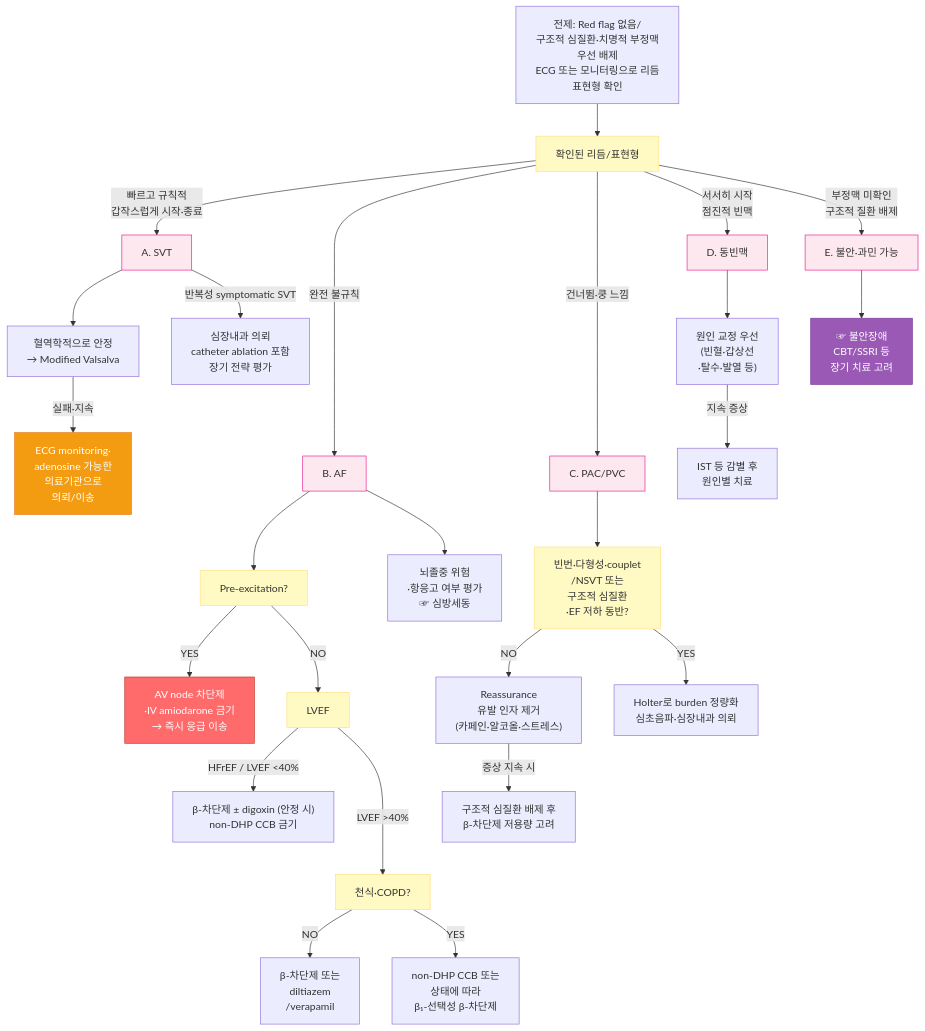
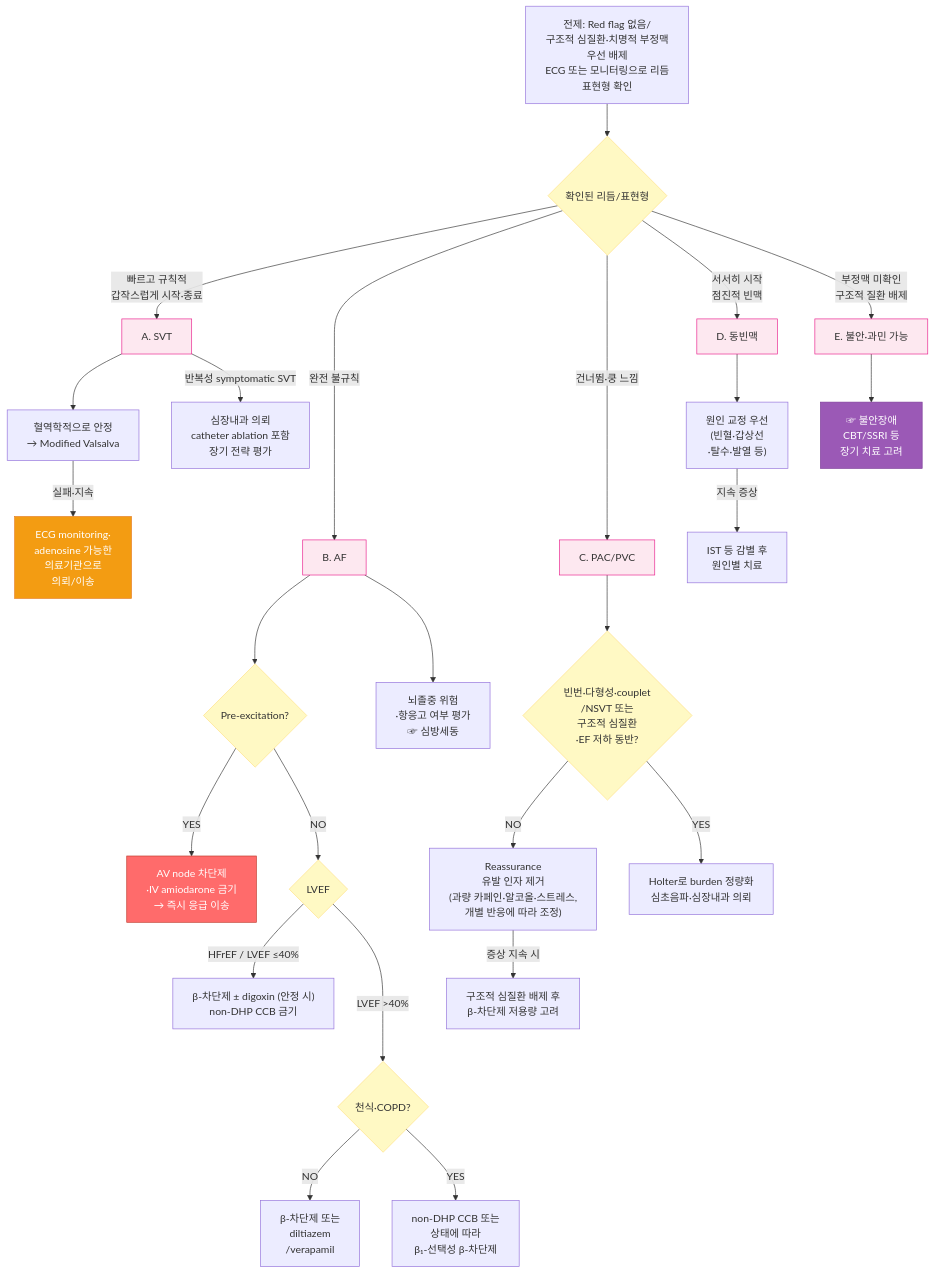
One commit to familyoh77/familyoh77 changed the diagram in 220_/009_-palpitation.md. Above: the diagram before and after it, drawn with Mermaid. The commit also changed other lines of this file, not shown here.

````diff
--- a/220_/009_-palpitation.md
+++ b/220_/009_-palpitation.md
@@ -194,34 +194,34 @@
 ```mermaid
 graph TD
-    Start["전제: Red flag 없음/<br/>구조적 심질환·치명적 부정맥 <br/>우선 배제<br/>ECG 또는 모니터링으로 리듬 <br/>표현형 확인"] --> Rhythm[확인된 리듬/표현형]
+    Start["전제: Red flag 없음/<br/>구조적 심질환·치명적 부정맥 <br/>우선 배제<br/>ECG 또는 모니터링으로 리듬 <br/>표현형 확인"] --> Rhythm{확인된 리듬/표현형}
     Rhythm -->|"빠르고 규칙적<br/>갑작스럽게 시작·종료"| SVT["A. SVT"]
     Rhythm ---->|"완전 불규칙"| AF["B. AF"]
     Rhythm ---->|"건너뜀·쿵 느낌"| PVC["C. PAC/PVC"]
     Rhythm -->|"서서히 시작<br/>점진적 빈맥"| Sinus["D. 동빈맥"]
     Rhythm -->|"부정맥 미확인<br/>구조적 질환 배제"| Anxiety["E. 불안·과민 가능"]
     SVT --> Vagal["혈역학적으로 안정<br/>→ Modified Valsalva"]
     Vagal -->|"실패·지속"| ER1["ECG monitoring·<br/>adenosine 가능한<br/>의료기관으로 <br/>의뢰/이송"]
     SVT -->|"반복성 symptomatic SVT"| SVTref["심장내과 의뢰<br/>catheter ablation 포함 <br/>장기 전략 평가"]
-    AF --> PreEx["Pre-excitation?"]
+    AF --> PreEx{"Pre-excitation?"}
     PreEx -->|"YES"| WPW["AV node 차단제<br/>·IV amiodarone 금기<br/>→ 즉시 응급 이송"]
-    PreEx -->|"NO"| EF["LVEF"]
-    EF -->|"HFrEF / LVEF <40%"| AFhf["β-차단제 ± digoxin (안정 시)<br/>non-DHP CCB 금기"]
-    EF --->|"LVEF >40%"| Resp["천식·COPD?"]
+    PreEx -->|"NO"| EF{"LVEF"}
+    EF -->|"HFrEF / LVEF ≤40%"| AFhf["β-차단제 ± digoxin (안정 시)<br/>non-DHP CCB 금기"]
+    EF --->|"LVEF >40%"| Resp{"천식·COPD?"}
     Resp -->|"NO"| AFnormal["β-차단제 또는<br/>diltiazem<br/>/verapamil"]
     Resp -->|"YES"| AFcopd["non-DHP CCB 또는<br/>상태에 따라 <br/>β₁-선택성 β-차단제"]
     AF --> Stroke["뇌졸중 위험<br/>·항응고 여부 평가<br/>☞ 심방세동"]
-    PVC --> PVCBurden["빈번·다형성·couplet<br/>/NSVT 또는<br/> 구조적 심질환<br/>·EF 저하 동반?"]
-    PVCBurden -->|"NO"| PVC1["Reassurance<br/>유발 인자 제거<br/>(카페인·알코올·스트레스)"]
+    PVC --> PVCBurden{"빈번·다형성·couplet<br/>/NSVT 또는<br/> 구조적 심질환<br/>·EF 저하 동반?"}
+    PVCBurden -->|"NO"| PVC1["Reassurance<br/>유발 인자 제거<br/>(과량 카페인·알코올·스트레스,<br/>개별 반응에 따라 조정)"]
     PVC1 -->|"증상 지속 시"| BB3["구조적 심질환 배제 후<br/>β-차단제 저용량 고려"]
     PVCBurden -->|"YES"| PVCref["Holter로 burden 정량화<br/>심초음파·심장내과 의뢰"]
     Sinus --> Sinus1["원인 교정 우선<br/>(빈혈·갑상선<br/>·탈수·발열 등)"]
     Sinus1 -->|"지속 증상"| Sinus2["IST 등 감별 후<br/>원인별 치료"]
     Anxiety --> Anxiety1["☞ 불안장애<br/>CBT/SSRI 등 <br/>장기 치료 고려"]
     style WPW fill:#ff6b6b,stroke:#c0392b,color:#fff
     style ER1 fill:#f39c12,stroke:#e67e22,color:#fff
     style Anxiety1 fill:#9b59b6,stroke:#7d3c98,color:#fff
 classDef yellow fill:#fff9c4,stroke:#ffe082
 class PreEx,Rhythm,EF,Resp,PVCBurden yellow
 classDef pink fill:#fde8f0,stroke:#e91e8c
 class SVT,AF,PVC,Sinus,Anxiety pink
 ```
````
